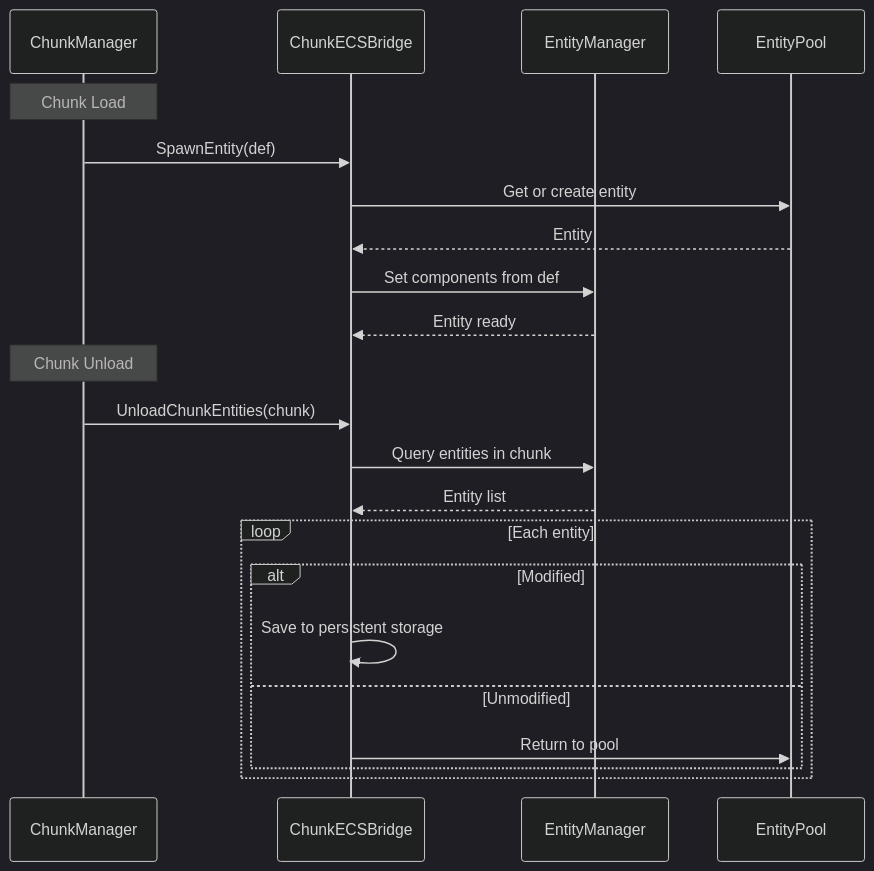
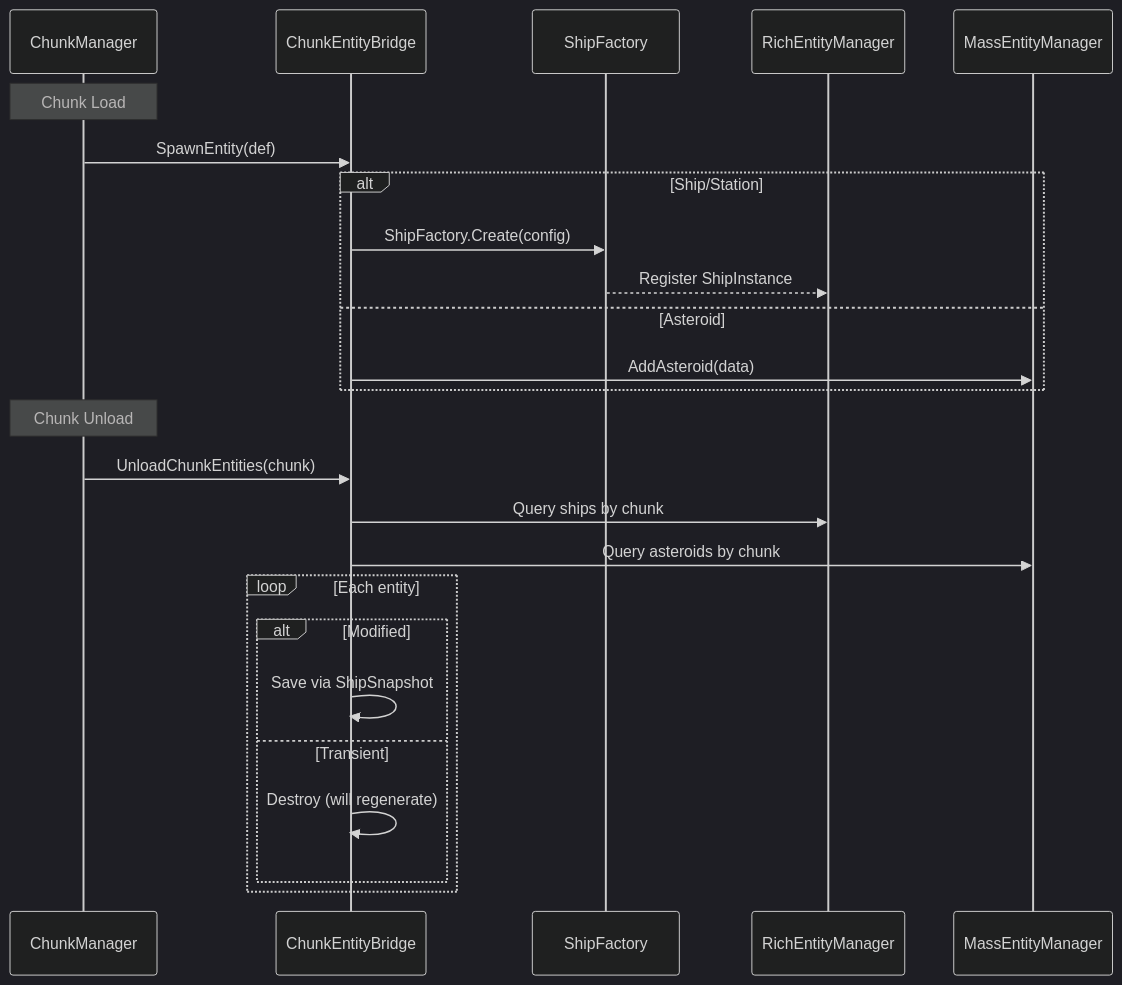
One commit to zephkelly/starfire changed the fifth of 8 diagrams in .obsidian/architecture/06-chunk-integration.md. Above: the diagram before and after it, drawn with Mermaid (dark theme). The commit also changed other lines of this file and 27 other files, not shown here.

Commit message:
feat: update architecture docs to include modding system

````diff
--- a/.obsidian/architecture/06-chunk-integration.md
+++ b/.obsidian/architecture/06-chunk-integration.md
@@ -386,26 +374,29 @@
 ```mermaid
 sequenceDiagram
     participant CM as ChunkManager
-    participant Bridge as ChunkECSBridge
-    participant EM as EntityManager
-    participant Pool as EntityPool
+    participant Bridge as ChunkEntityBridge
+    participant SF as ShipFactory
+    participant REM as RichEntityManager
+    participant MEM as MassEntityManager
 
     Note over CM: Chunk Load
     CM->>Bridge: SpawnEntity(def)
-    Bridge->>Pool: Get or create entity
-    Pool-->>Bridge: Entity
-    Bridge->>EM: Set components from def
-    EM-->>Bridge: Entity ready
+    alt Ship/Station
+        Bridge->>SF: ShipFactory.Create(config)
+        SF-->>REM: Register ShipInstance
+    else Asteroid
+        Bridge->>MEM: AddAsteroid(data)
+    end
 
     Note over CM: Chunk Unload
     CM->>Bridge: UnloadChunkEntities(chunk)
-    Bridge->>EM: Query entities in chunk
-    EM-->>Bridge: Entity list
+    Bridge->>REM: Query ships by chunk
+    Bridge->>MEM: Query asteroids by chunk
     loop Each entity
         alt Modified
-            Bridge->>Bridge: Save to persistent storage
-        else Unmodified
-            Bridge->>Pool: Return to pool
+            Bridge->>Bridge: Save via ShipSnapshot
+        else Transient
+            Bridge->>Bridge: Destroy (will regenerate)
         end
     end
 ```
````
